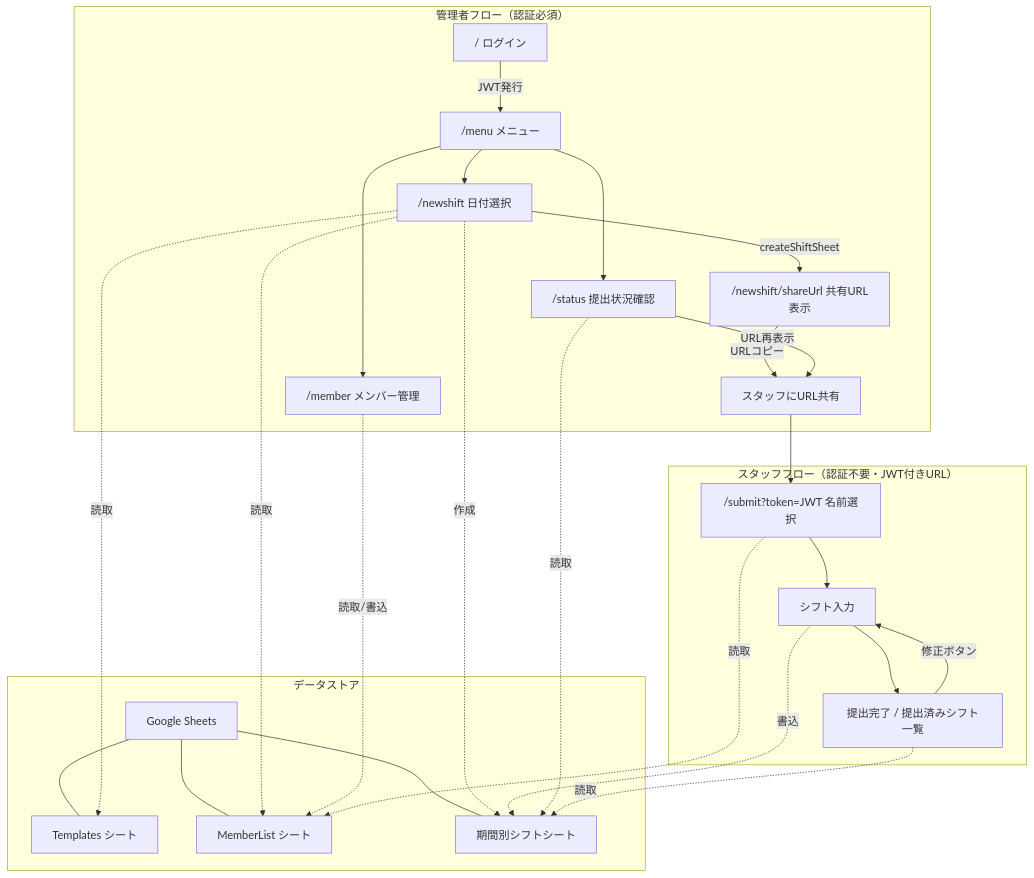
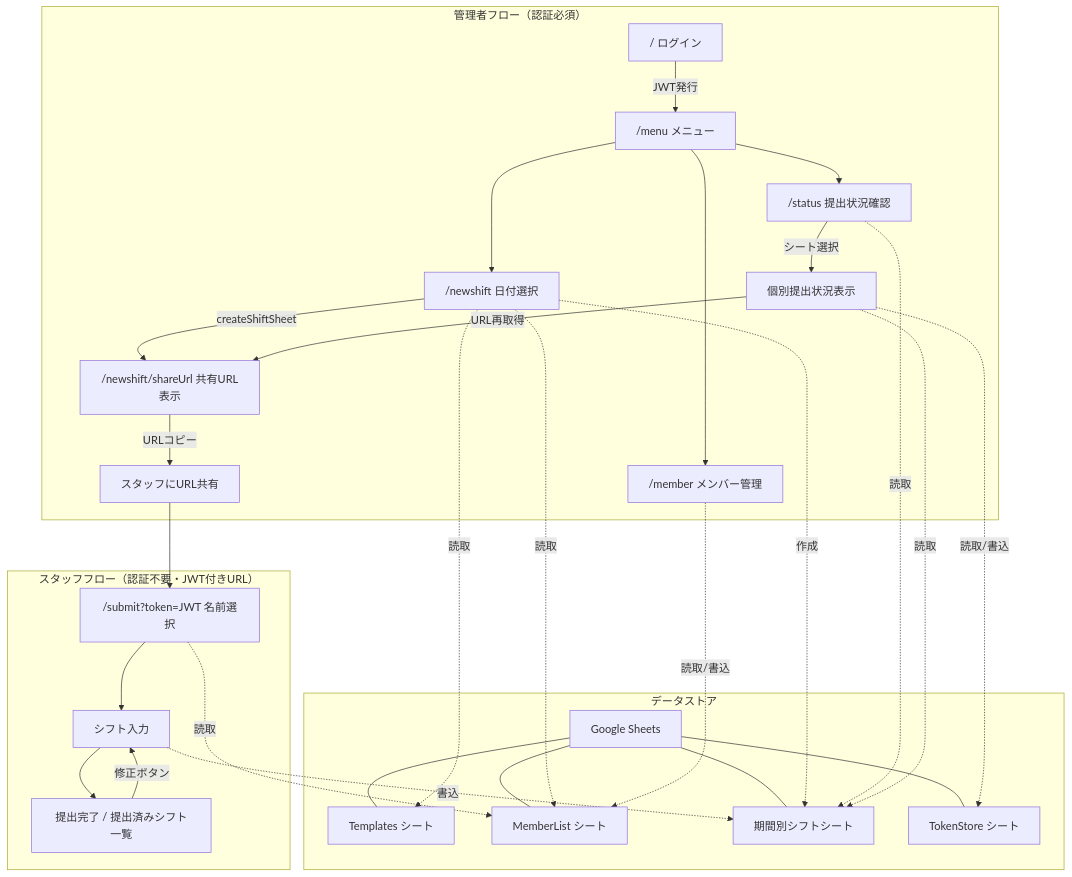
Before and after one commit to GoogleBr35/shift-app: the first of 3 diagrams in docs/ARCHITECTURE.md, drawn with Mermaid. The commit also changed other lines of this file, not shown here.

````diff
--- a/docs/ARCHITECTURE.md
+++ b/docs/ARCHITECTURE.md
@@ -19,35 +20,38 @@
 ```mermaid
 flowchart TD
     subgraph "管理者フロー（認証必須）"
         A["/ ログイン"] -->|JWT発行| B["/menu メニュー"]
         B --> C["/newshift 日付選択"]
         B --> D["/member メンバー管理"]
         B --> K["/status 提出状況確認"]
         C -->|createShiftSheet| F["/newshift/shareUrl 共有URL表示"]
         F -->|URLコピー| G["スタッフにURL共有"]
-        K -->|URL再表示| G
+        K -->|シート選択| K1["個別提出状況表示"]
+        K1 -->|URL再取得| F
     end
 
     subgraph "スタッフフロー（認証不要・JWT付きURL）"
         G --> H["/submit?token=JWT 名前選択"]
         H --> I["シフト入力"]
         I --> L["提出完了 / 提出済みシフト一覧"]
         L -->|修正ボタン| I
     end
 
     subgraph "データストア"
         J["Google Sheets"]
         J --- J1["Templates シート"]
         J --- J2["MemberList シート"]
         J --- J3["期間別シフトシート"]
+        J --- J4["TokenStore シート"]
     end
 
     C -.->|読取| J1
     C -.->|読取| J2
     C -.->|作成| J3
     D -.->|読取/書込| J2
     H -.->|読取| J2
     I -.->|書込| J3
     K -.->|読取| J3
-    L -.->|読取| J3
+    K1 -.->|読取| J3
+    K1 -.->|読取/書込| J4
 ```
````
